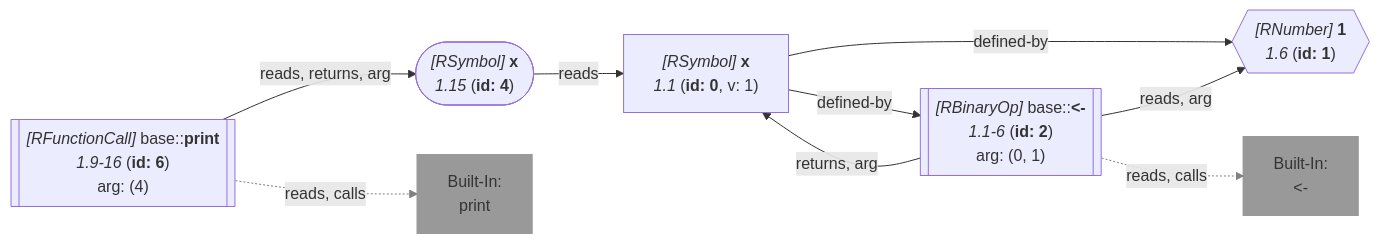
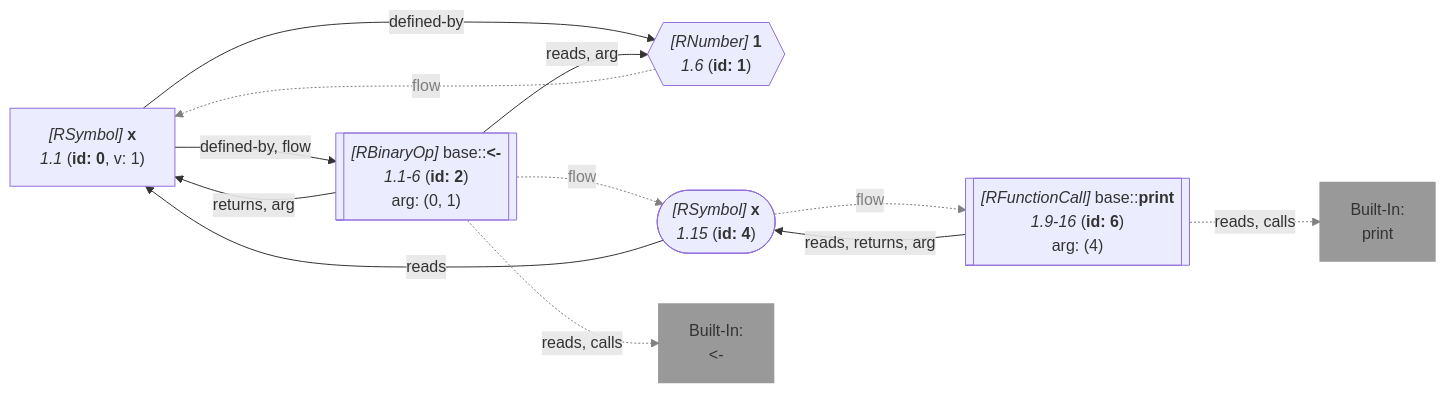
One commit to flowr-analysis/flowr changed the second of 2 diagrams in wiki/Core.md. Above: the diagram before and after it, drawn with Mermaid. The commit also changed other lines of this file and 141 other files, not shown here.

````diff
--- a/wiki/Core.md
+++ b/wiki/Core.md
@@ -387,32 +387,37 @@
 ```mermaid
 flowchart LR
     1{{"`*#91;RNumber#93;* **1**
       *1.6* (**id: 1**)`"}}
-   %% No edges found for 1
     0["`*#91;RSymbol#93;* **x**
       *1.1* (**id: 0**, v: 1)`"]
     2[["`*#91;RBinaryOp#93;* base#58;#58;**#60;#45;**
       *1.1-6* (**id: 2**)
     arg: (0, 1)`"]]
     built-in:_-["`Built-In:
 #60;#45;`"]
     style built-in:_- stroke:gray,fill:gray,stroke-width:2px,opacity:.8;
     4(["`*#91;RSymbol#93;* **x**
       *1.15* (**id: 4**)`"])
     6[["`*#91;RFunctionCall#93;* base#58;#58;**print**
       *1.9-16* (**id: 6**)
     arg: (4)`"]]
     built-in:print["`Built-In:
 print`"]
     style built-in:print stroke:gray,fill:gray,stroke-width:2px,opacity:.8;
+    1 -.->|"flow"| 0
+    linkStyle 0 stroke:gray,color:gray;
+    0 -->|"defined-by, flow"| 2
     0 -->|"defined-by"| 1
-    0 -->|"defined-by"| 2
     2 -->|"reads, arg"| 1
     2 -->|"returns, arg"| 0
     2 -.->|"reads, calls"| built-in:_-
-    linkStyle 4 stroke:gray;
+    linkStyle 5 stroke:gray;
+    2 -.->|"flow"| 4
+    linkStyle 6 stroke:gray,color:gray;
     4 -->|"reads"| 0
+    4 -.->|"flow"| 6
+    linkStyle 8 stroke:gray,color:gray;
     6 -->|"reads, returns, arg"| 4
     6 -.->|"reads, calls"| built-in:print
-    linkStyle 7 stroke:gray;
+    linkStyle 10 stroke:gray;
 ```
````
